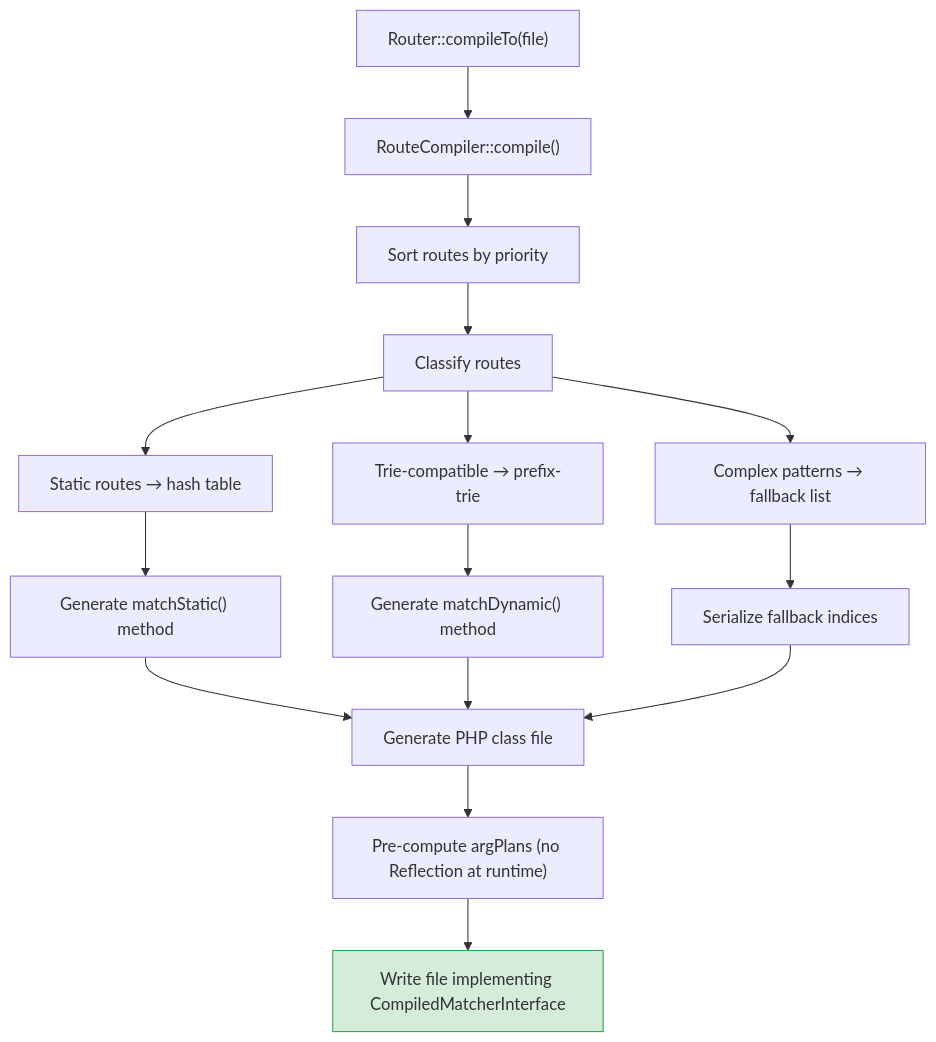
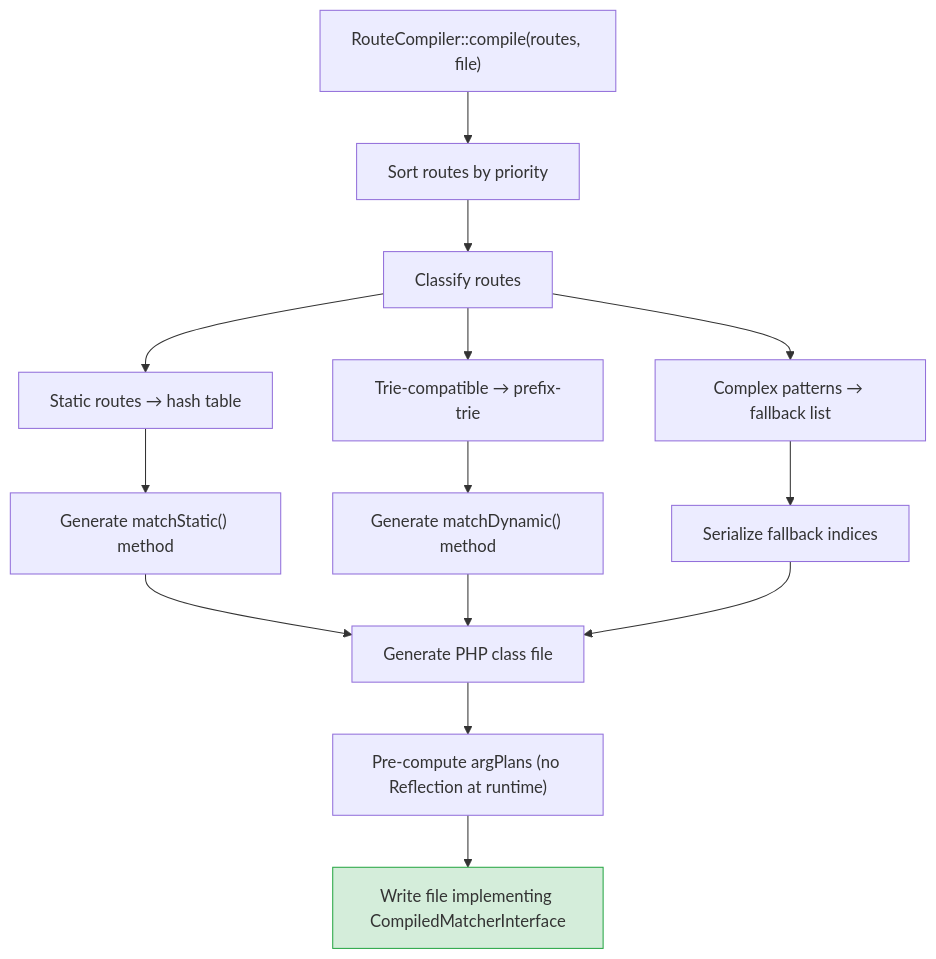
Before and after one commit to ascetic-soft/Waypoint: the sixth of 8 diagrams in docs/internals.md, drawn with Mermaid. The commit also changed other lines of this file and 13 other files, not shown here.

Commit message:
Update documentation for v1.2.1: RouteRegistrar API, optional PSR deps, trie optimizations

````diff
--- a/docs/internals.md
+++ b/docs/internals.md
@@ -283,23 +289,22 @@
 ```mermaid
 flowchart TD
-    A["Router::compileTo(file)"] --> B["RouteCompiler::compile()"]
-    B --> C["Sort routes by priority"]
-    C --> D["Classify routes"]
+    A["RouteCompiler::compile(routes, file)"] --> B["Sort routes by priority"]
+    B --> C["Classify routes"]
 
-    D --> E["Static routes → hash table"]
-    D --> F["Trie-compatible → prefix-trie"]
-    D --> G["Complex patterns → fallback list"]
+    C --> D["Static routes → hash table"]
+    C --> E["Trie-compatible → prefix-trie"]
+    C --> F["Complex patterns → fallback list"]
 
-    E --> H["Generate matchStatic() method"]
-    F --> I["Generate matchDynamic() method"]
-    G --> J["Serialize fallback indices"]
+    D --> G["Generate matchStatic() method"]
+    E --> H["Generate matchDynamic() method"]
+    F --> I["Serialize fallback indices"]
 
-    H --> K["Generate PHP class file"]
-    I --> K
-    J --> K
+    G --> J["Generate PHP class file"]
+    H --> J
+    I --> J
 
-    K --> L["Pre-compute argPlans (no Reflection at runtime)"]
-    L --> M["Write file implementing CompiledMatcherInterface"]
+    J --> K["Pre-compute argPlans (no Reflection at runtime)"]
+    K --> L["Write file implementing CompiledMatcherInterface"]
 
-    style M fill:#d4edda,stroke:#28a745
+    style L fill:#d4edda,stroke:#28a745
 ```
````
